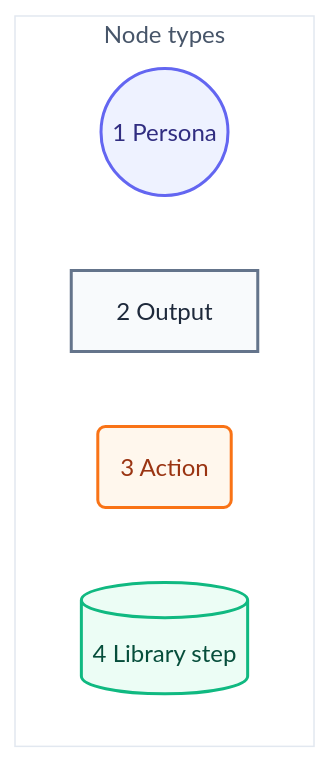
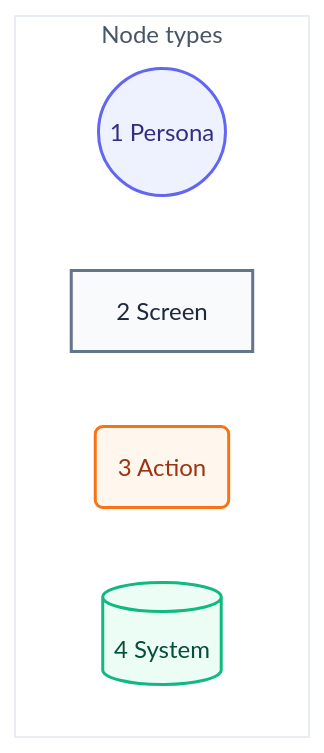
One commit to may-journal/Stratum-Observability changed the first of 2 diagrams in docs/architecture/05-user-journey.md. Above: the diagram before and after it, drawn with Mermaid (base theme). The commit also changed other lines of this file and 2 other files, not shown here.

First line of the commit message:
docs(architecture): align the views with fitness-runner's own layout

````diff
--- a/docs/architecture/05-user-journey.md
+++ b/docs/architecture/05-user-journey.md
@@ -9,16 +9,16 @@
 ```mermaid
 flowchart TB
     subgraph types["Node types"]
         persona((1 Persona)):::persona
-        screen[2 Output]:::screen
+        screen[2 Screen]:::screen
         action(3 Action):::action
-        system[(4 Library step)]:::system
+        system[(4 System)]:::system
     end
 
     classDef persona fill:#eef2ff,stroke:#6366f1,color:#312e81,stroke-width:2px
     classDef screen fill:#f8fafc,stroke:#64748b,color:#1e293b,stroke-width:2px
     classDef action fill:#fff7ed,stroke:#f97316,color:#9a3412,stroke-width:2px
     classDef system fill:#ecfdf5,stroke:#10b981,color:#064e3b,stroke-width:2px
 
     style types fill:#ffffff,stroke:#e2e8f0,color:#475569,stroke-width:1px
 ```
````
